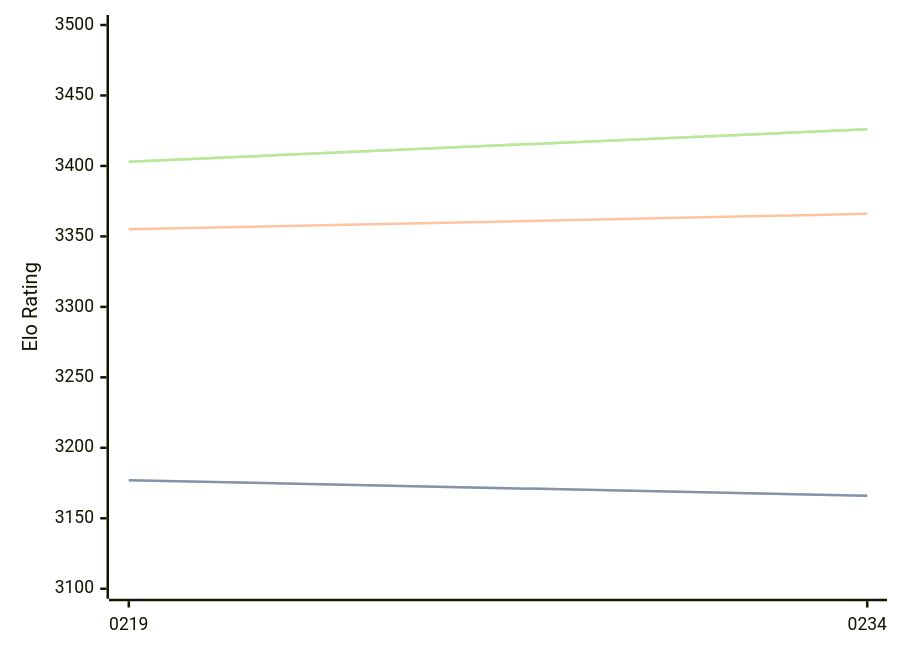
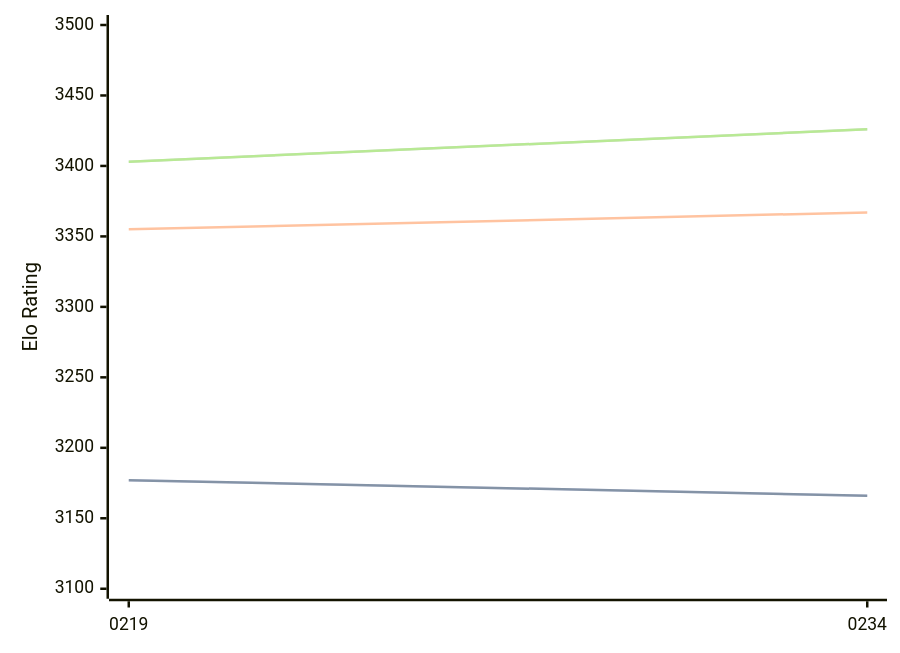
Before and after one commit to computer-chess-index/cci: the diagram in engines/Ynode.md, drawn with Mermaid. The commit also changed other lines of this file, not shown here.

````diff
--- a/engines/Ynode.md
+++ b/engines/Ynode.md
@@ -39,11 +39,11 @@
 ```mermaid
 %%{init: {"theme":"base","themeVariables":{"seriesColors:['#a3a3a3','#222221','#faa371']}}}%%
 xychart-beta
   x-axis ["0219", "0234"]
   y-axis "Elo Rating" 3100 --> 3500
   line "STC (8.0+0.08s)" [3177, 3166]
   line "STC (8.0+0.08s)" [3177, 3166]
-  line "LTC (60.0+0.60s)" [3355, 3366]
+  line "LTC (60.0+0.60s)" [3355, 3367]
   line "VLTC (2m24s+1.12s)" [3403, 3426]
   line "VLTC (2m24s+1.12s)" [3403, 3426]
 ```
````
